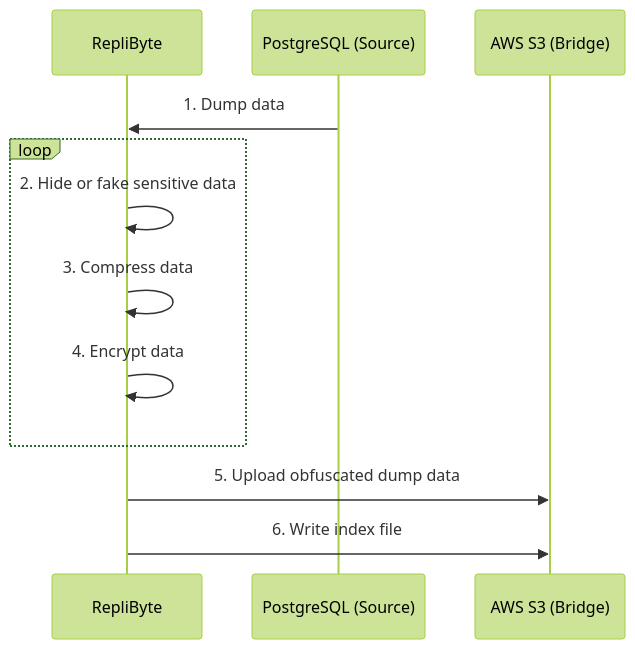
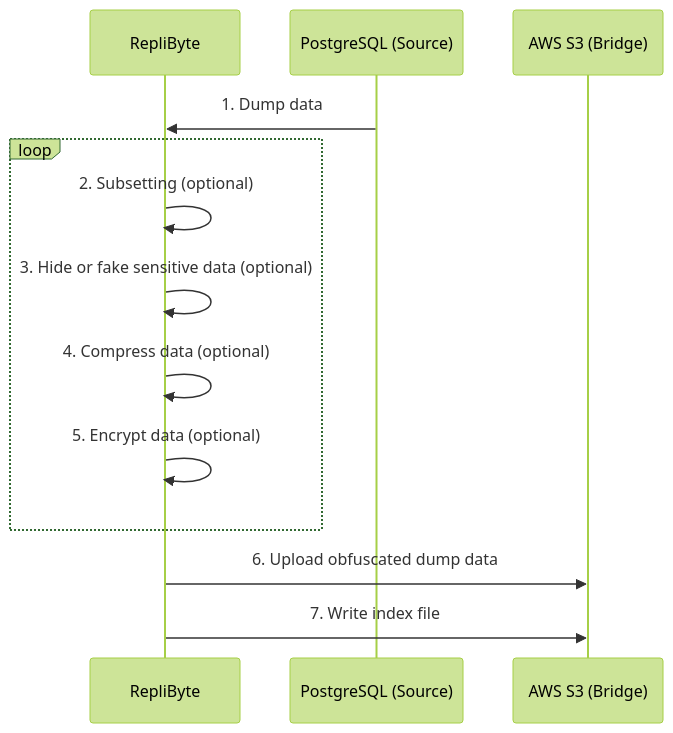
One commit to Qovery/Replibyte changed the first of 2 diagrams in README.md. Above: the diagram before and after it, drawn with Mermaid (forest theme). The commit also changed other lines of this file and 2 other files, not shown here.

````diff
--- a/README.md
+++ b/README.md
@@ -200,14 +208,15 @@
 ```mermaid
 sequenceDiagram
     participant RepliByte
     participant PostgreSQL (Source)
     participant AWS S3 (Bridge)
     PostgreSQL (Source)->>RepliByte: 1. Dump data
     loop
-        RepliByte->>RepliByte: 2. Hide or fake sensitive data
-        RepliByte->>RepliByte: 3. Compress data
-        RepliByte->>RepliByte: 4. Encrypt data
+        RepliByte->>RepliByte: 2. Subsetting (optional)
+        RepliByte->>RepliByte: 3. Hide or fake sensitive data (optional)
+        RepliByte->>RepliByte: 4. Compress data (optional)
+        RepliByte->>RepliByte: 5. Encrypt data (optional)
     end
-    RepliByte->>AWS S3 (Bridge): 5. Upload obfuscated dump data
-    RepliByte->>AWS S3 (Bridge): 6. Write index file
+    RepliByte->>AWS S3 (Bridge): 6. Upload obfuscated dump data
+    RepliByte->>AWS S3 (Bridge): 7. Write index file
 ```
````
